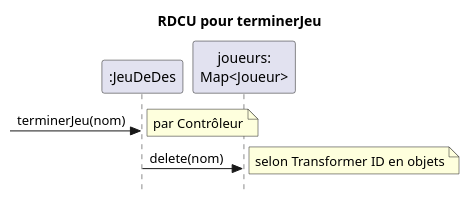
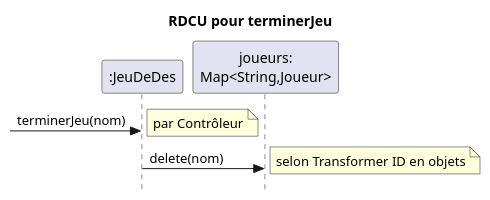
Before and after one commit to profcfuhrmanets/log210-jeu-de-des-node-express-ts: the diagram in docs/rdcu-terminerJeu.puml, drawn with PlantUML.

Commit message:
map with key

```diff
--- a/docs/rdcu-terminerJeu.puml
+++ b/docs/rdcu-terminerJeu.puml
@@ -1,14 +1,14 @@
 @startuml
 skinparam style strictuml
 skinparam defaultfontname Verdana
 title RDCU pour terminerJeu
 participant ":JeuDeDes" as c
-participant "joueurs:\nMap<Joueur>" as jm
+participant "joueurs:\nMap<String,Joueur>" as jm
 'participant "j:Joueur" as j
 ->c : terminerJeu(nom)
 note right : par Contrôleur 
 c->jm : delete(nom)
 note right : selon Transformer ID en objets 
 'c-->j
 'destroy j
 @enduml
```
